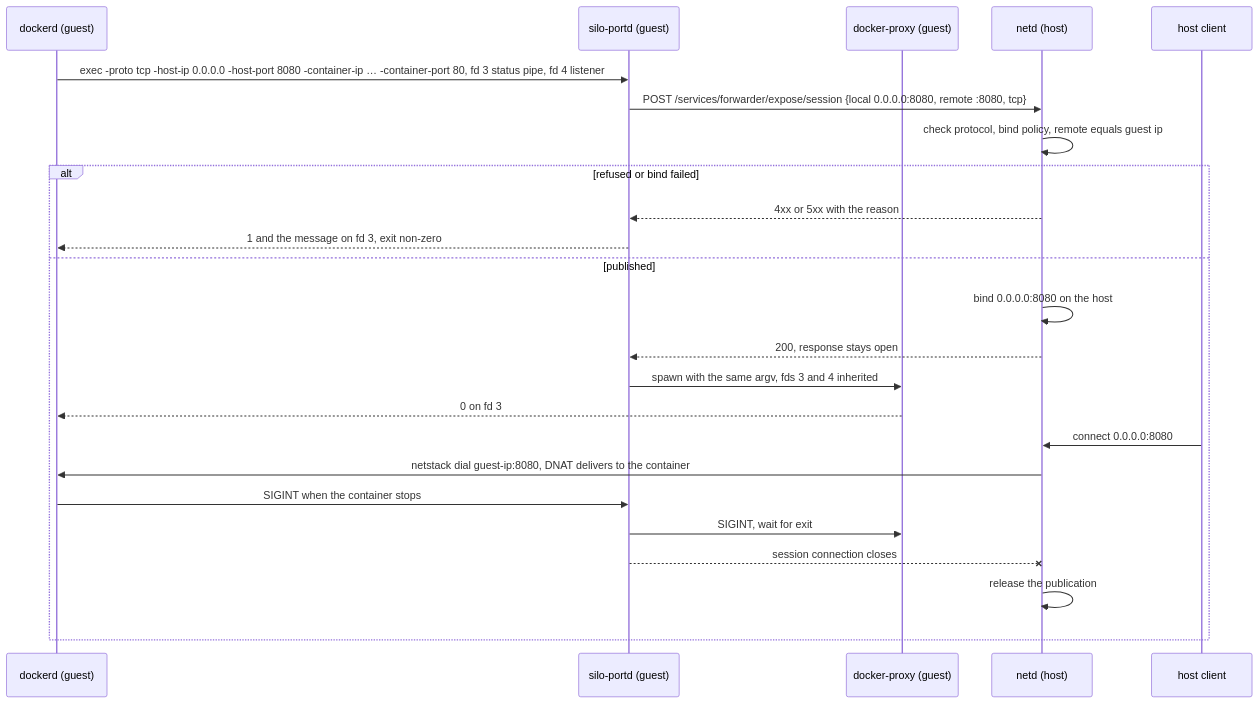
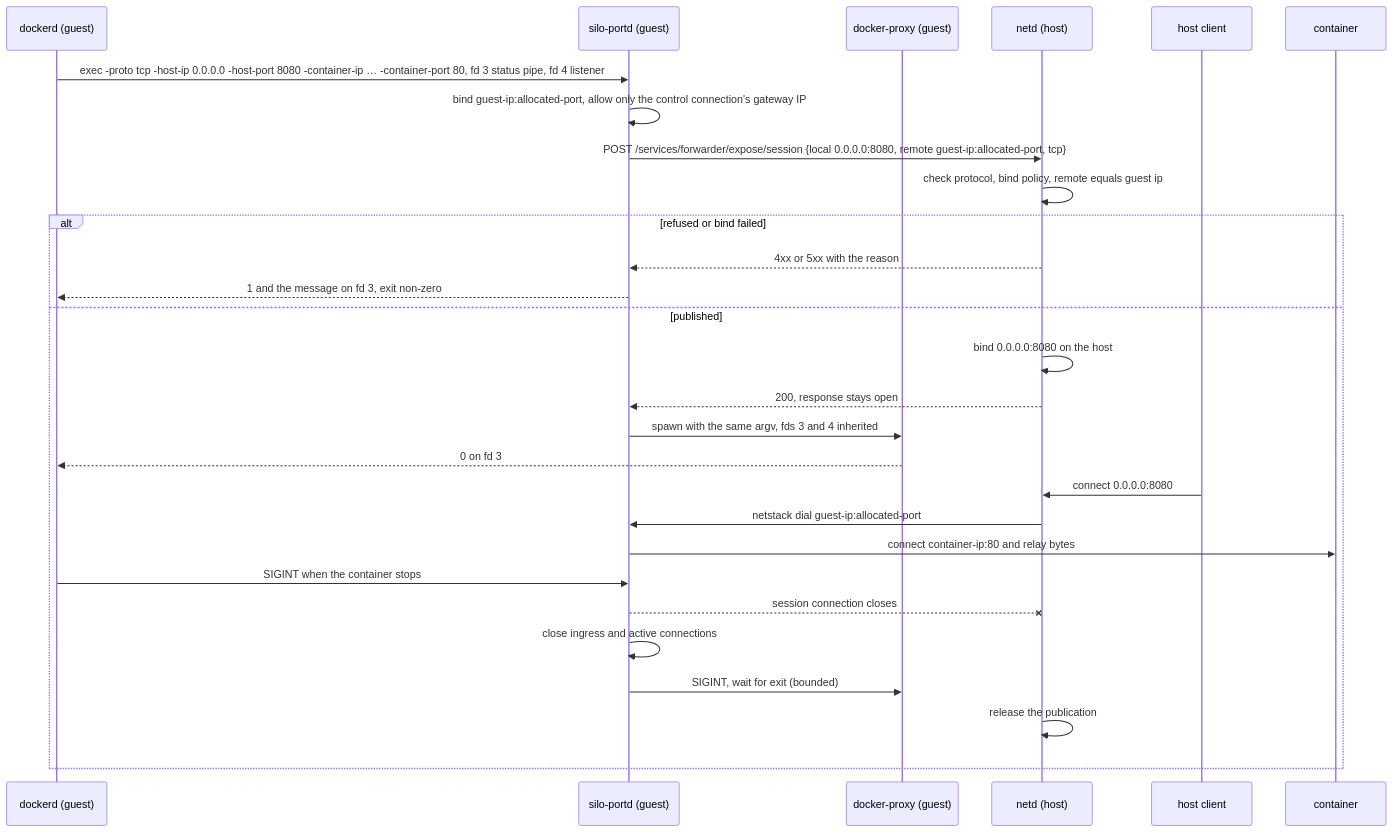
The seventh of 9 diagrams in docs/adr/0016-vsock-forwards-and-netd-publications.md (vandycknick/silo), drawn with Mermaid before and after one commit. The commit also changed other lines of this file and 8 other files, not shown here.

Commit message:
fix(portd): relay Docker publications through dedicated guest ingress

````diff
--- a/docs/adr/0016-vsock-forwards-and-netd-publications.md
+++ b/docs/adr/0016-vsock-forwards-and-netd-publications.md
@@ -348,26 +349,30 @@
 ```mermaid
 sequenceDiagram
   participant D as dockerd (guest)
   participant S as silo-portd (guest)
   participant X as docker-proxy (guest)
   participant N as netd (host)
   participant H as host client
+  participant C as container
   D->>S: exec -proto tcp -host-ip 0.0.0.0 -host-port 8080 -container-ip … -container-port 80, fd 3 status pipe, fd 4 listener
-  S->>N: POST /services/forwarder/expose/session {local 0.0.0.0:8080, remote :8080, tcp}
+  S->>S: bind guest-ip:allocated-port, allow only the control connection's gateway IP
+  S->>N: POST /services/forwarder/expose/session {local 0.0.0.0:8080, remote guest-ip:allocated-port, tcp}
   N->>N: check protocol, bind policy, remote equals guest ip
   alt refused or bind failed
     N-->>S: 4xx or 5xx with the reason
     S-->>D: 1 and the message on fd 3, exit non-zero
   else published
     N->>N: bind 0.0.0.0:8080 on the host
     N-->>S: 200, response stays open
     S->>X: spawn with the same argv, fds 3 and 4 inherited
     X-->>D: 0 on fd 3
     H->>N: connect 0.0.0.0:8080
-    N->>D: netstack dial guest-ip:8080, DNAT delivers to the container
+    N->>S: netstack dial guest-ip:allocated-port
+    S->>C: connect container-ip:80 and relay bytes
     D->>S: SIGINT when the container stops
-    S->>X: SIGINT, wait for exit
     S--xN: session connection closes
+    S->>S: close ingress and active connections
+    S->>X: SIGINT, wait for exit (bounded)
     N->>N: release the publication
   end
 ```
````
